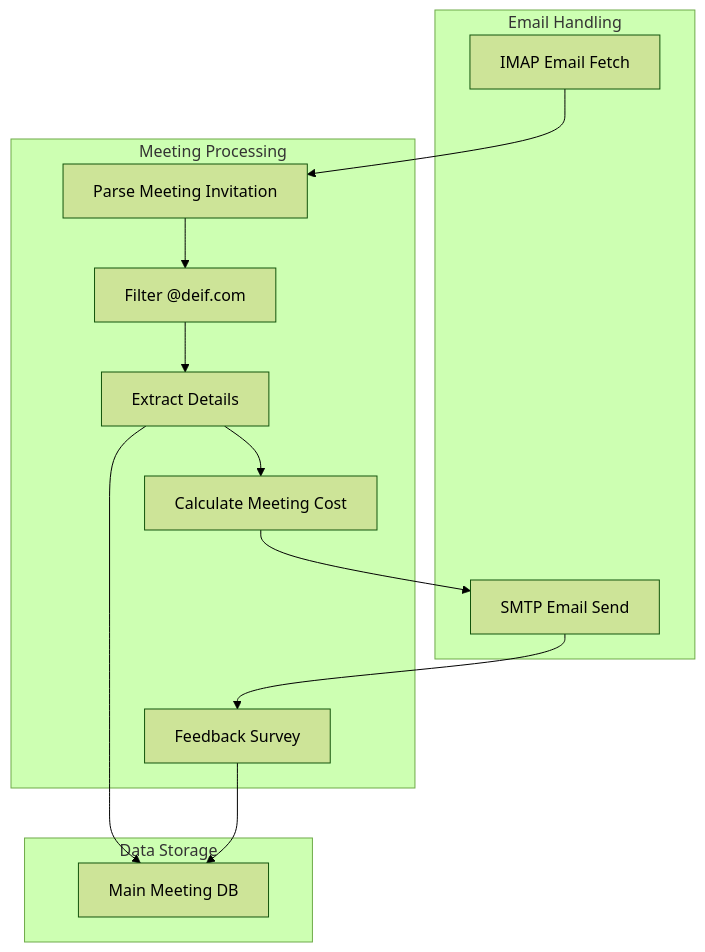
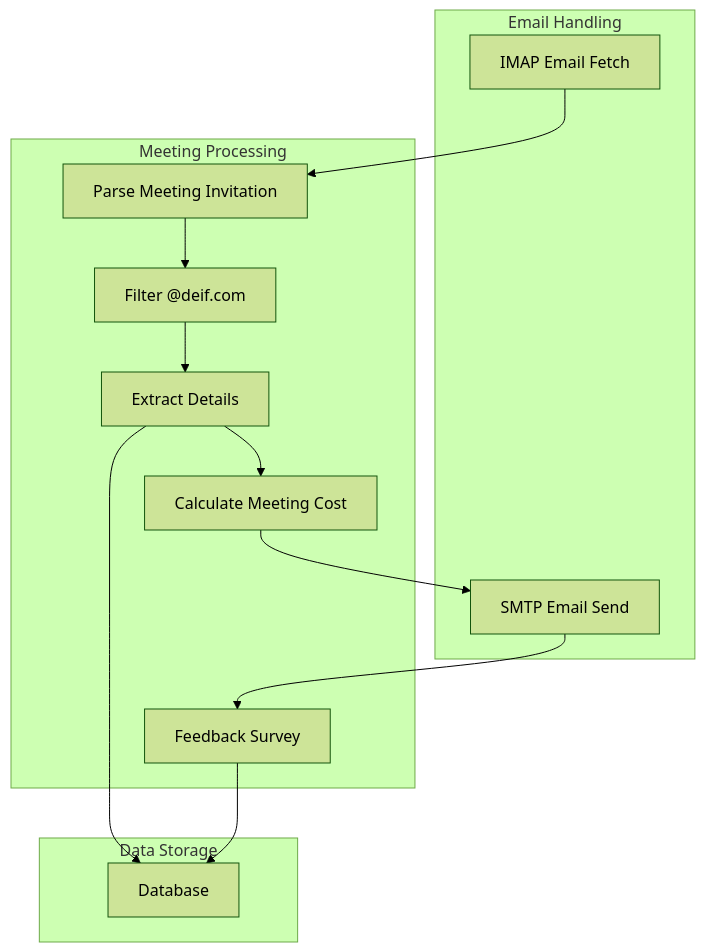
One commit to Morsianeren/meeting-calculator-bot changed the diagram in doc/system-architecture.md. Above: the diagram before and after it, drawn with Mermaid (forest theme). The commit also changed 3 other files, not shown here.

````diff
--- a/doc/system-architecture.md
+++ b/doc/system-architecture.md
@@ -3,25 +3,25 @@
 ```mermaid
 flowchart TD
     subgraph Email Handling
         IMAP[IMAP Email Fetch]
         SMTP[SMTP Email Send]
     end
     subgraph Meeting Processing
         ParseInvite[Parse Meeting Invitation]
         FilterSender[Filter @deif.com]
         ExtractDetails[Extract Details]
         CostCalc[Calculate Meeting Cost]
         Feedback[Feedback Survey]
     end
     subgraph Data Storage
-        MainDB[Main Meeting DB]
+        MainDB[Database]
     end
     IMAP --> ParseInvite
     ParseInvite --> FilterSender
     FilterSender --> ExtractDetails
     ExtractDetails --> CostCalc
     CostCalc --> SMTP
     ExtractDetails --> MainDB
     Feedback --> MainDB
     SMTP --> Feedback
 ```
````
